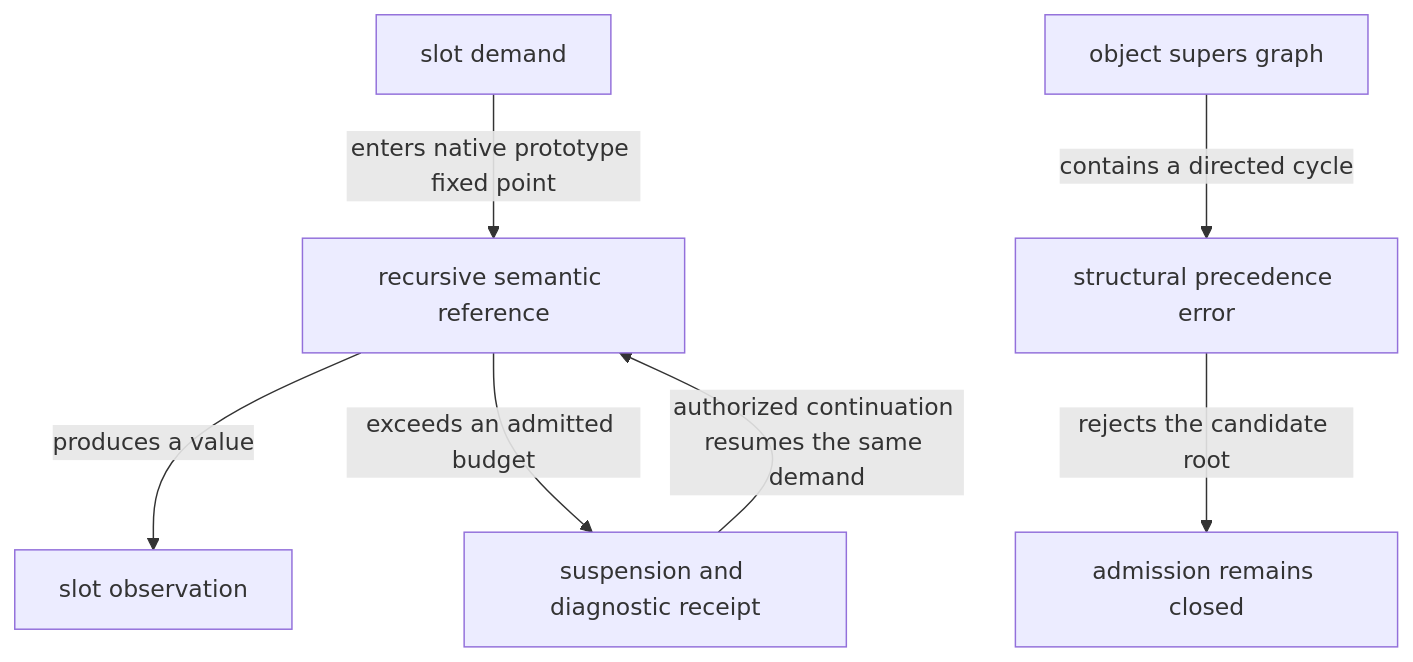
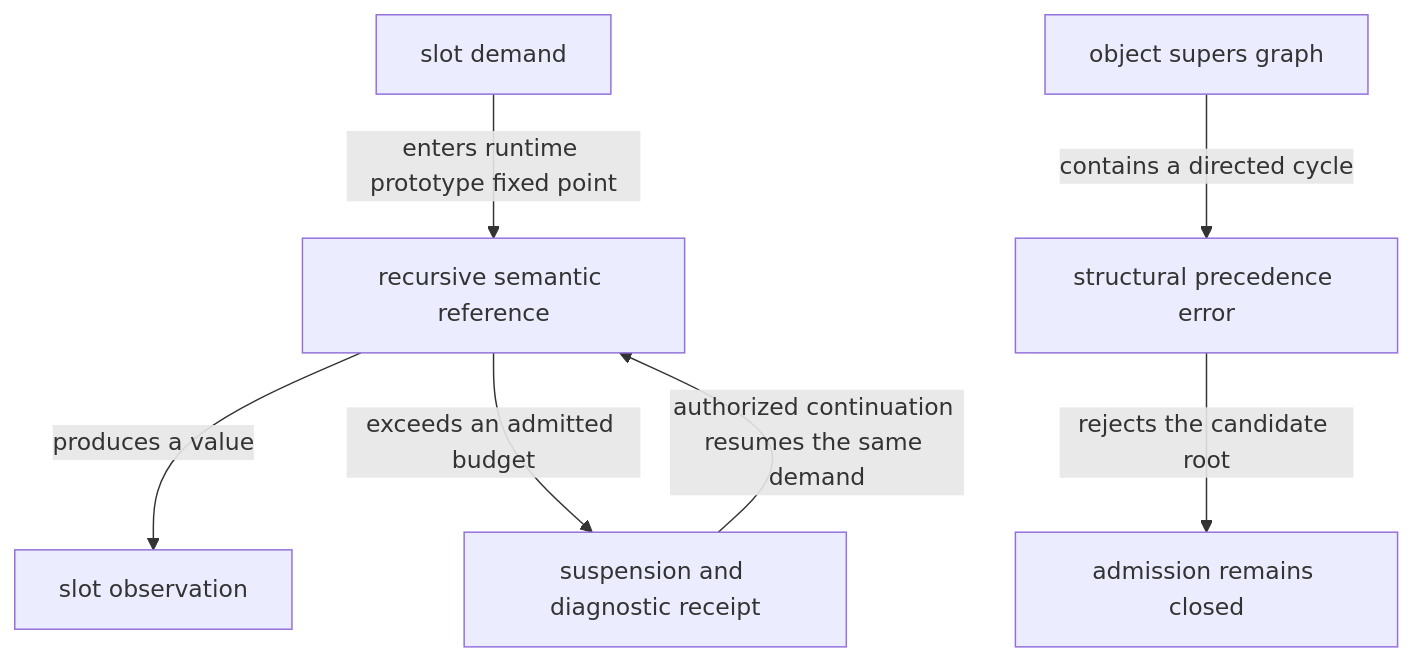
Before and after one commit to tao3k/gebril-yuanxu: the second of 2 diagrams in module-system/design/45-84-profile-object-and-prototype-extension-correspondence.org, drawn with Mermaid. The commit also changed other lines of this file and 1469 other files, not shown here.

```diff
--- a/module-system/design/45-84-profile-object-and-prototype-extension-correspondence.org
+++ b/module-system/design/45-84-profile-object-and-prototype-extension-correspondence.org
@@ -378,9 +378,9 @@
 #+begin_src mermaid
 flowchart TD
-    DEMAND["slot demand"] -->|"enters native prototype fixed point"| RECUR["recursive semantic reference"]
+    DEMAND["slot demand"] -->|"enters runtime prototype fixed point"| RECUR["recursive semantic reference"]
     RECUR -->|"produces a value"| VALUE["slot observation"]
     RECUR -->|"exceeds an admitted budget"| SUSPEND["suspension and diagnostic receipt"]
     SUSPEND -->|"authorized continuation resumes the same demand"| RECUR
     SUPERS["object supers graph"] -->|"contains a directed cycle"| INVALID["structural precedence error"]
     INVALID -->|"rejects the candidate root"| CLOSED["admission remains closed"]
 #+end_src
```
